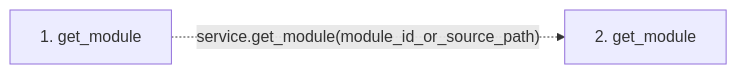
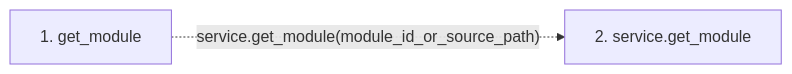
The second of 2 diagrams in docs/llm_wiki/flows/mcp-get_module.md (Denissvgn/python-wiki-llm), drawn with Mermaid before and after one commit. The commit also changed other lines of this file and 719 other files, not shown here.

````diff
--- a/docs/llm_wiki/flows/mcp-get_module.md
+++ b/docs/llm_wiki/flows/mcp-get_module.md
@@ -19,7 +20,7 @@
 ```mermaid
 flowchart LR
     s1["1. get_module"]
-    s2["2. get_module"]
+    s2["2. service.get_module"]
     s1 -. "service.get_module(module_id_or_source_path)" .-> s2
     click s1 "../modules/mcp_server.md"
 ```
````
